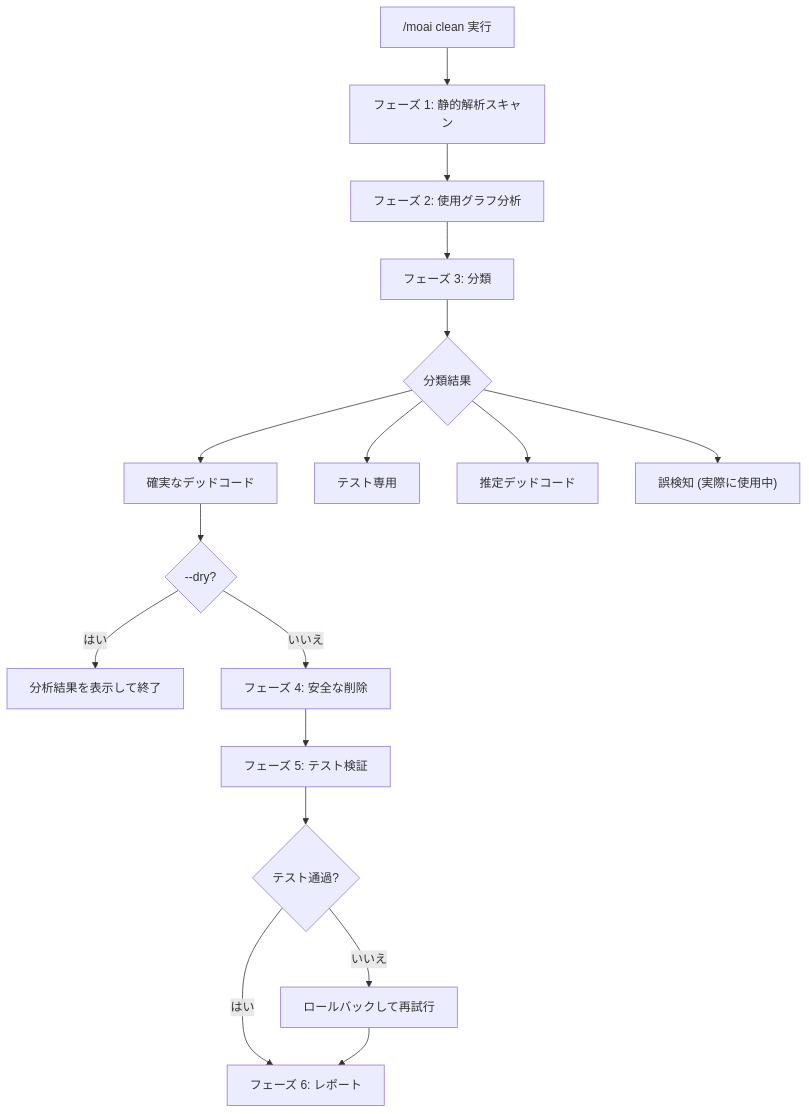
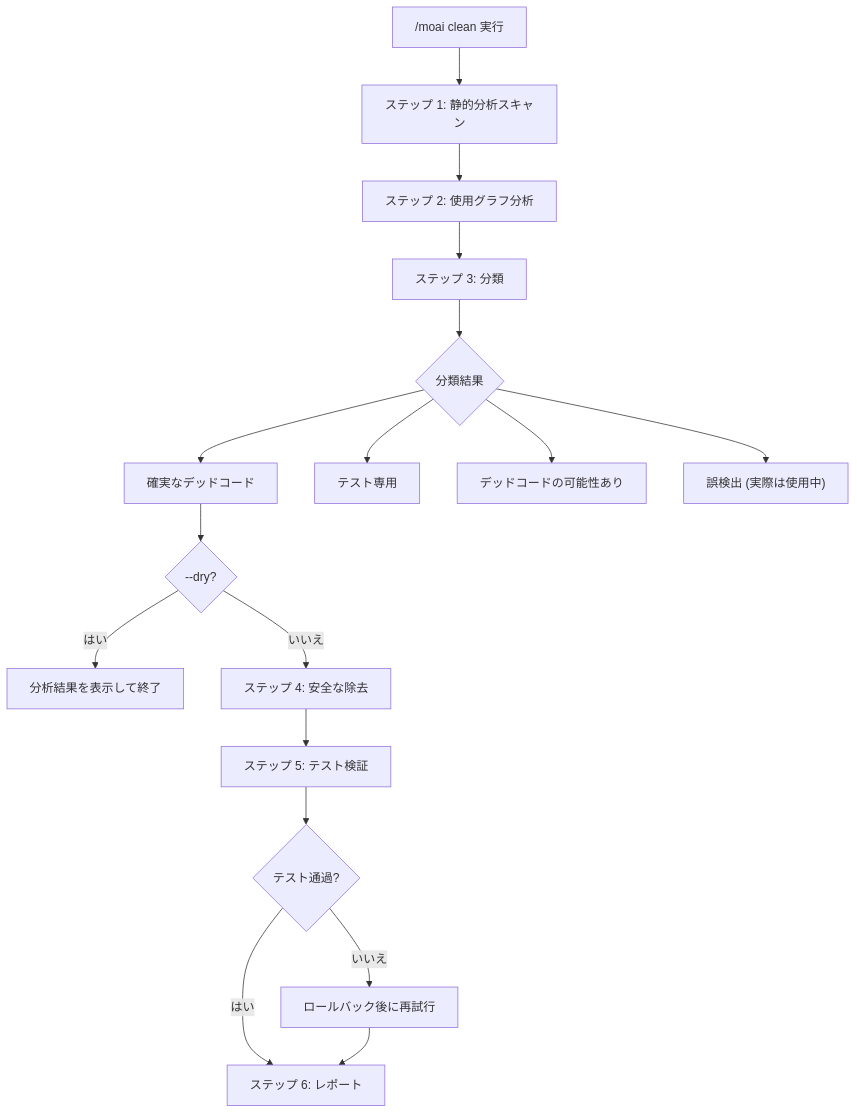
One commit to modu-ai/moai-adk changed the first of 2 diagrams in docs-site/content/ja/utility-commands/moai-clean.md. Above: the diagram before and after it, drawn with Mermaid. The commit also changed other lines of this file and 395 other files, not shown here.

````diff
--- a/docs-site/content/ja/utility-commands/moai-clean.md
+++ b/docs-site/content/ja/utility-commands/moai-clean.md
@@ -74,23 +76,23 @@
 ```mermaid
 flowchart TD
-    Start["/moai clean 実行"] --> Phase1["フェーズ 1: 静的解析スキャン"]
+    Start["/moai clean 実行"] --> Phase1["ステップ 1: 静的分析スキャン"]
 
-    Phase1 --> Phase2["フェーズ 2: 使用グラフ分析"]
+    Phase1 --> Phase2["ステップ 2: 使用グラフ分析"]
 
-    Phase2 --> Phase3["フェーズ 3: 分類"]
+    Phase2 --> Phase3["ステップ 3: 分類"]
     Phase3 --> Classify{"分類結果"}
     Classify --> Dead["確実なデッドコード"]
     Classify --> TestOnly["テスト専用"]
-    Classify --> Likely["推定デッドコード"]
-    Classify --> False["誤検知 (実際に使用中)"]
+    Classify --> Likely["デッドコードの可能性あり"]
+    Classify --> False["誤検出 (実際は使用中)"]
 
     Dead --> Approval{"--dry?"}
     Approval -->|はい| Report["分析結果を表示して終了"]
-    Approval -->|いいえ| Phase4["フェーズ 4: 安全な削除"]
+    Approval -->|いいえ| Phase4["ステップ 4: 安全な除去"]
 
-    Phase4 --> Phase5["フェーズ 5: テスト検証"]
+    Phase4 --> Phase5["ステップ 5: テスト検証"]
     Phase5 --> Pass{"テスト通過?"}
-    Pass -->|はい| Phase6["フェーズ 6: レポート"]
-    Pass -->|いいえ| Rollback["ロールバックして再試行"]
+    Pass -->|はい| Phase6["ステップ 6: レポート"]
+    Pass -->|いいえ| Rollback["ロールバック後に再試行"]
     Rollback --> Phase6
 ```
````
